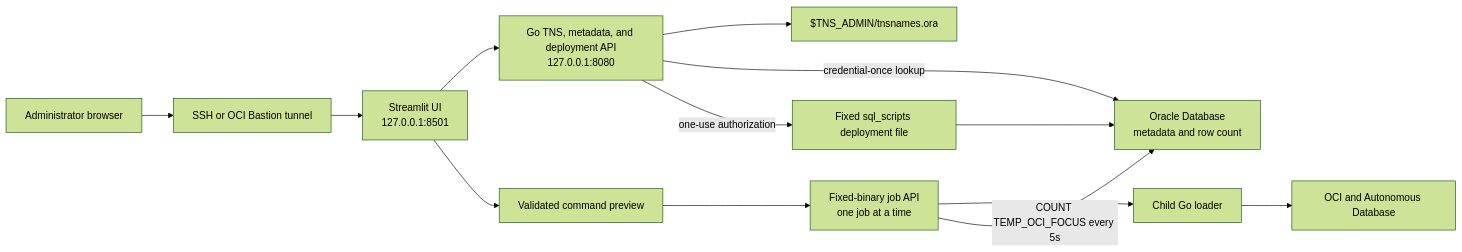
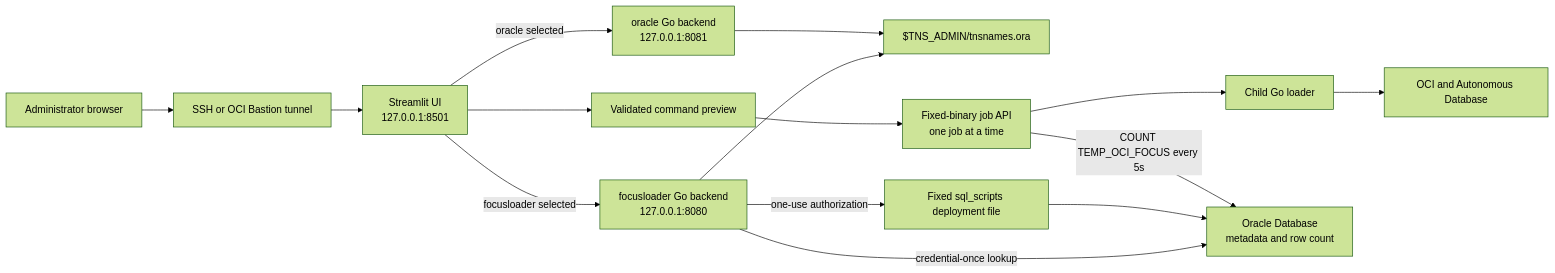
Before and after one commit to eugsim1/focus-loader-report-upload: the diagram in streamlit-ui/README.md, drawn with Mermaid (forest theme). The commit also changed other lines of this file and 13 other files, not shown here.

````diff
--- a/streamlit-ui/README.md
+++ b/streamlit-ui/README.md
@@ -63,21 +65,23 @@
 ```mermaid
 flowchart LR
     Browser["Administrator browser"]
     Tunnel["SSH or OCI Bastion tunnel"]
     UI["Streamlit UI<br/>127.0.0.1:8501"]
-    API["Go TNS, metadata, and deployment API<br/>127.0.0.1:8080"]
+    API["focusloader Go backend<br/>127.0.0.1:8080"]
+    OracleAPI["oracle Go backend<br/>127.0.0.1:8081"]
     TNS["$TNS_ADMIN/tnsnames.ora"]
     Builder["Validated command preview"]
     Execute["Fixed-binary job API<br/>one job at a time"]
     Loader["Child Go loader"]
     DB["Oracle Database<br/>metadata and row count"]
     Script["Fixed sql_scripts deployment file"]
     OCI["OCI and Autonomous Database"]
 
     Browser --> Tunnel --> UI
-    UI --> API --> TNS
+    UI -->|"focusloader selected"| API --> TNS
+    UI -->|"oracle selected"| OracleAPI --> TNS
     API -->|"credential-once lookup"| DB
     API -->|"one-use authorization"| Script --> DB
     UI --> Builder --> Execute --> Loader --> OCI
     Execute -->|"COUNT TEMP_OCI_FOCUS every 5s"| DB
 ```
````
